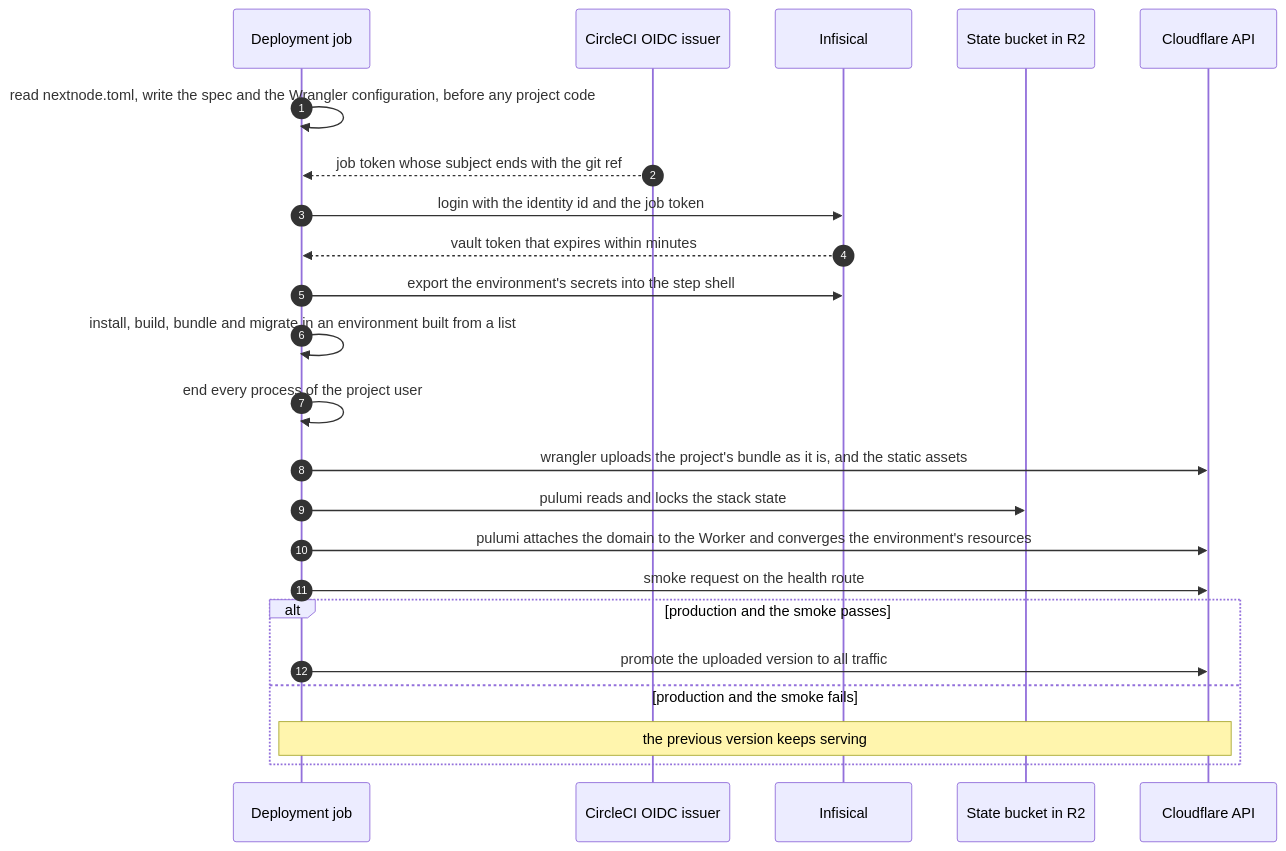
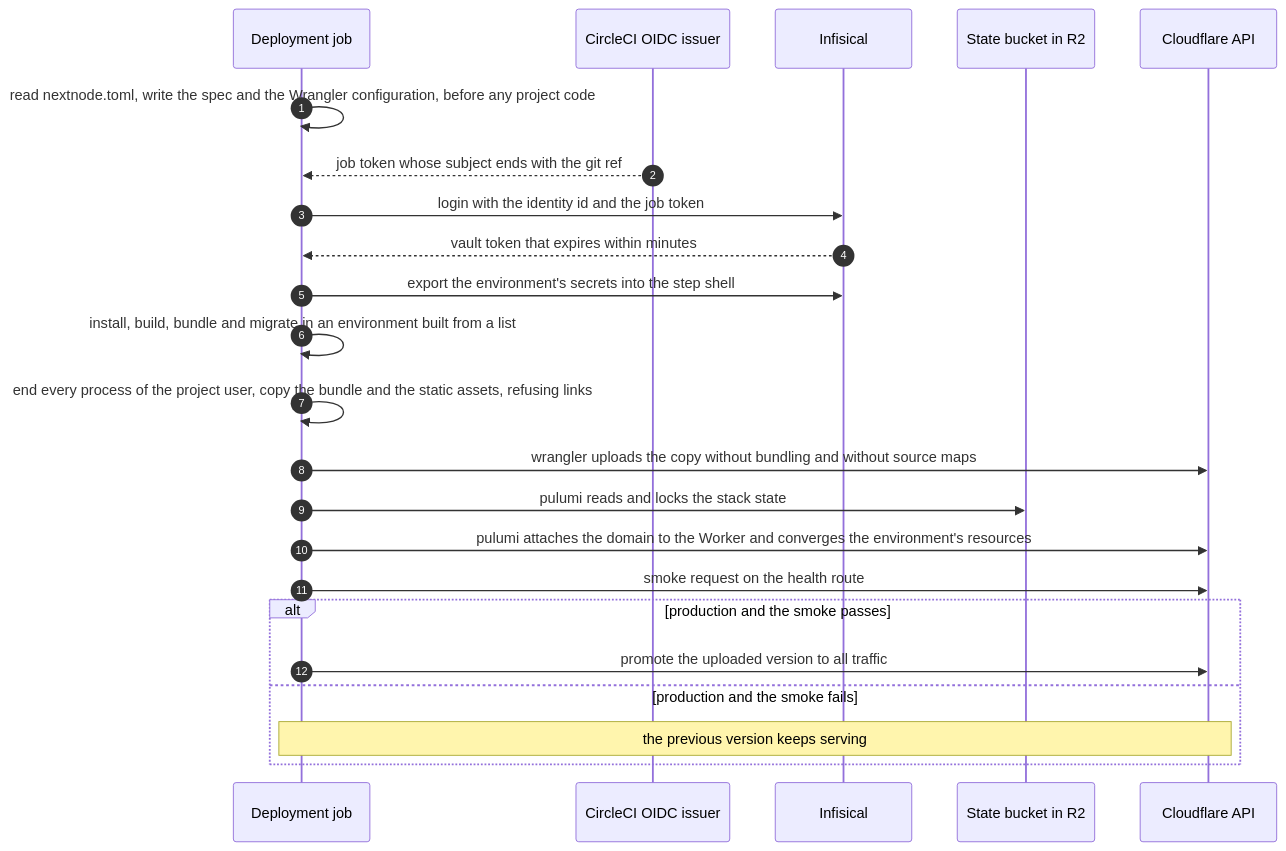
Before and after one commit to NextNodeSolutions/infrastructure: the third of 3 diagrams in docs/architecture.md, drawn with Mermaid. The commit also changed other lines of this file and 6 other files, not shown here.

Commit message:
ci: the platform uploads its own link-free copy of the bundle, with source maps off, in place of the seal

````diff
--- a/docs/architecture.md
+++ b/docs/architecture.md
@@ -85,25 +85,25 @@
 ```mermaid
 sequenceDiagram
     autonumber
     participant J as Deployment job
     participant O as CircleCI OIDC issuer
     participant V as Infisical
     participant S as State bucket in R2
     participant F as Cloudflare API
     J->>J: read nextnode.toml, write the spec and the Wrangler configuration, before any project code
     O-->>J: job token whose subject ends with the git ref
     J->>V: login with the identity id and the job token
     V-->>J: vault token that expires within minutes
     J->>V: export the environment's secrets into the step shell
     J->>J: install, build, bundle and migrate in an environment built from a list
-    J->>J: end every process of the project user
-    J->>F: wrangler uploads the project's bundle as it is, and the static assets
+    J->>J: end every process of the project user, copy the bundle and the static assets, refusing links
+    J->>F: wrangler uploads the copy without bundling and without source maps
     J->>S: pulumi reads and locks the stack state
     J->>F: pulumi attaches the domain to the Worker and converges the environment's resources
     J->>F: smoke request on the health route
     alt production and the smoke passes
         J->>F: promote the uploaded version to all traffic
     else production and the smoke fails
         Note over J,F: the previous version keeps serving
     end
 ```
````
